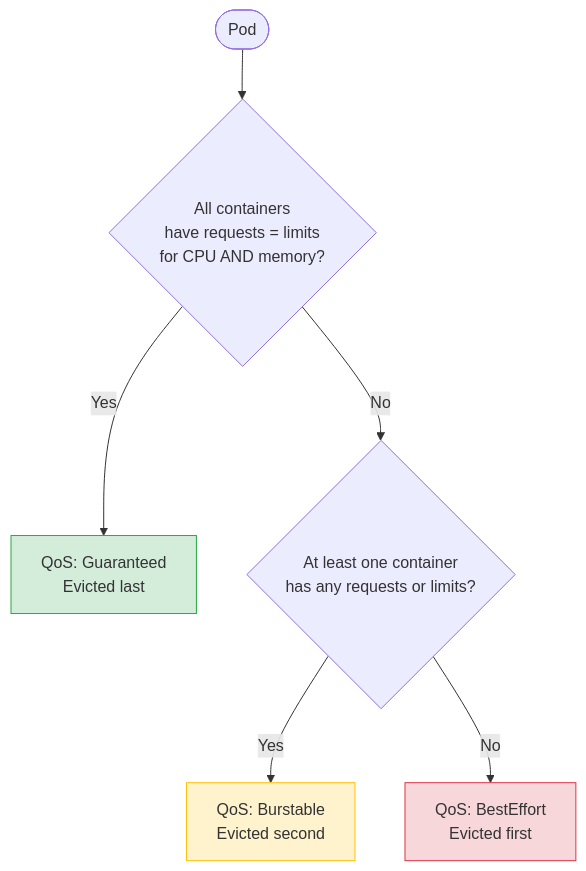
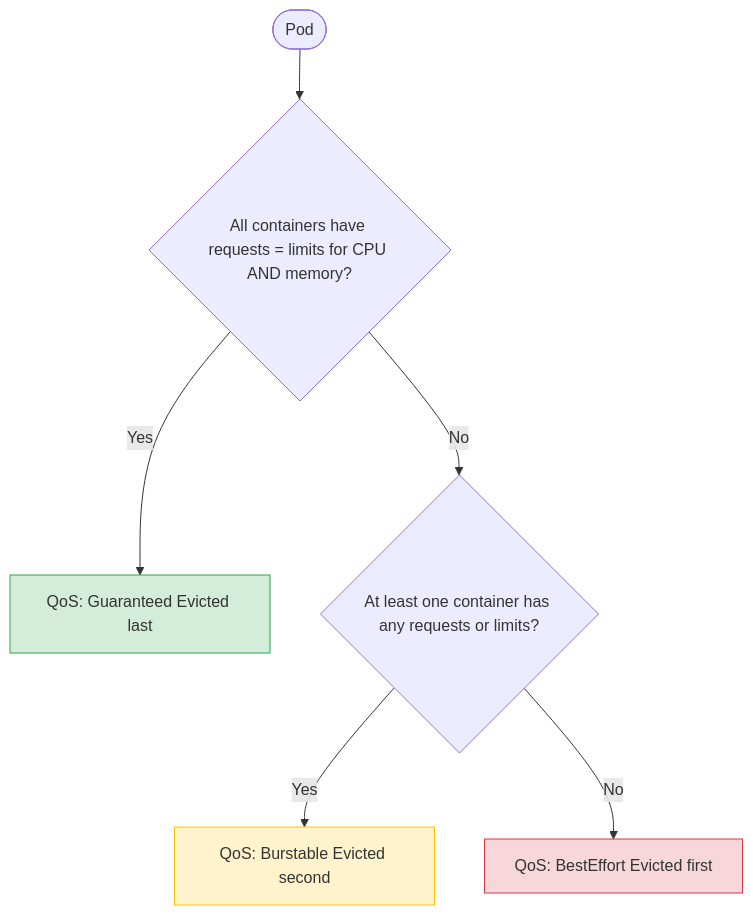
Before and after one commit to UncleJS/course_k3s: the third of 3 diagrams in 14_maintenance/03_resource_management.md, drawn with Mermaid. The commit also changed other lines of this file and 57 other files, not shown here.

````diff
--- a/14_maintenance/03_resource_management.md
+++ b/14_maintenance/03_resource_management.md
@@ -436,12 +436,12 @@
 ```mermaid
 graph TD
-    P([Pod]) --> Q1{All containers\nhave requests = limits\nfor CPU AND memory?}
-    Q1 -->|Yes| Guaranteed[QoS: Guaranteed\nEvicted last]
-    Q1 -->|No| Q2{At least one container\nhas any requests or limits?}
-    Q2 -->|Yes| Burstable[QoS: Burstable\nEvicted second]
-    Q2 -->|No| BestEffort[QoS: BestEffort\nEvicted first]
+    P([Pod]) --> Q1{All containers have requests = limits for CPU AND memory?}
+    Q1 -->|Yes| Guaranteed[QoS: Guaranteed Evicted last]
+    Q1 -->|No| Q2{At least one container has any requests or limits?}
+    Q2 -->|Yes| Burstable[QoS: Burstable Evicted second]
+    Q2 -->|No| BestEffort[QoS: BestEffort Evicted first]
 
     style Guaranteed fill:#d4edda,stroke:#28a745
     style Burstable fill:#fff3cd,stroke:#ffc107
     style BestEffort fill:#f8d7da,stroke:#dc3545
 ```
````
